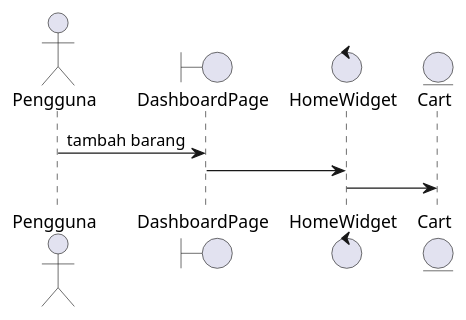
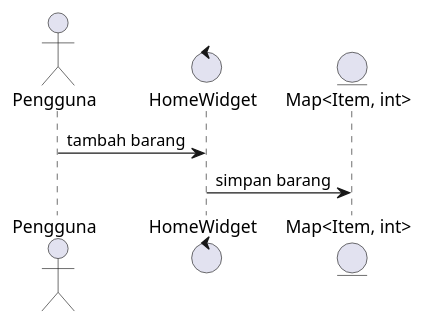
Before and after one commit to stnDinus/skpl_apbo_diagrams: the diagram in add_cart_seq.puml, drawn with PlantUML. The commit also changed 19 other files, not shown here.

Commit message:
fix: sequence, colab diagrams

```diff
--- a/add_cart_seq.puml
+++ b/add_cart_seq.puml
@@ -1,10 +1,8 @@
 @startuml
 actor Pengguna
-boundary DashboardPage
 control HomeWidget
-entity Cart
+entity "Map<Item, int>" as cart
 
-Pengguna -> DashboardPage: tambah barang
-DashboardPage -> HomeWidget
-HomeWidget -> Cart
+Pengguna -> HomeWidget: tambah barang
+HomeWidget -> cart: simpan barang
 @enduml
```
